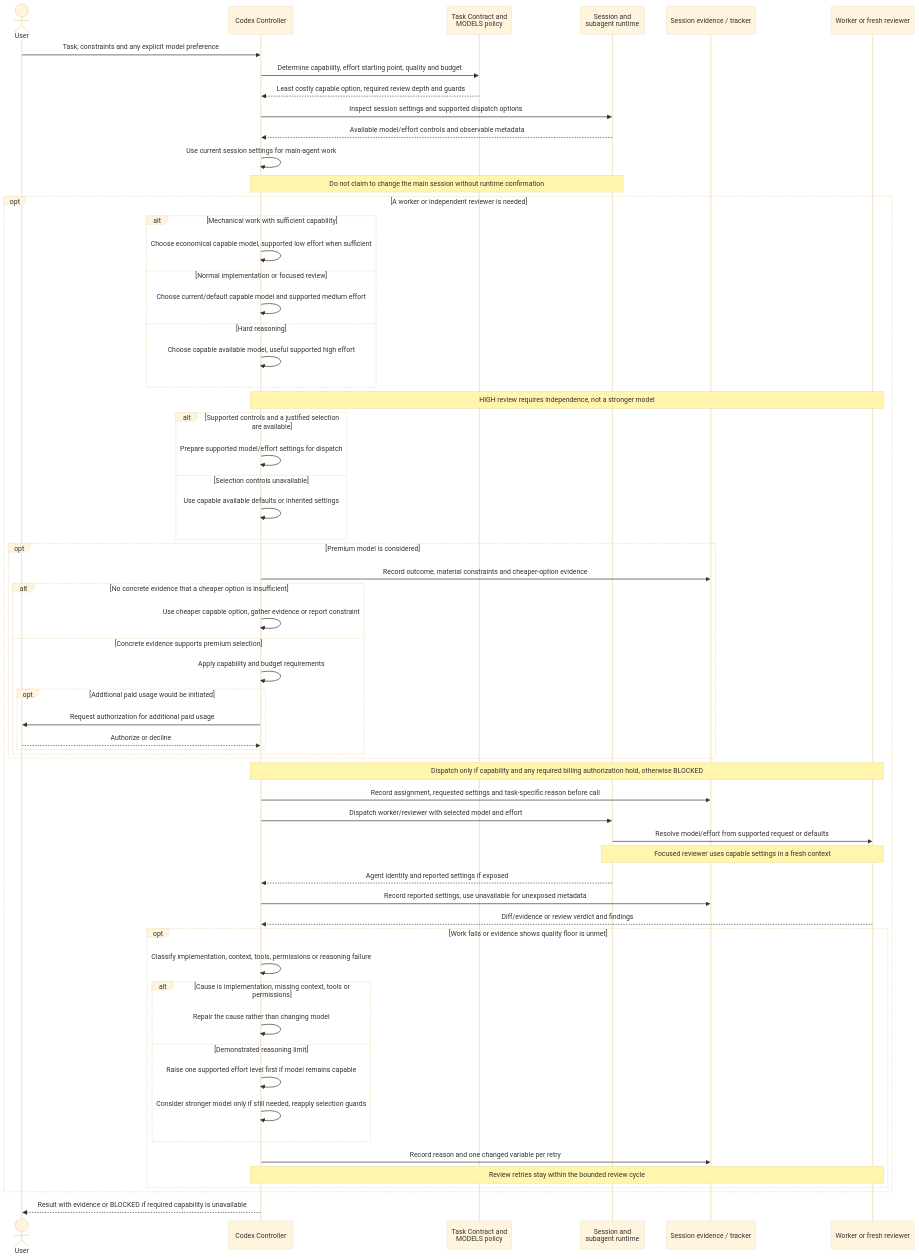
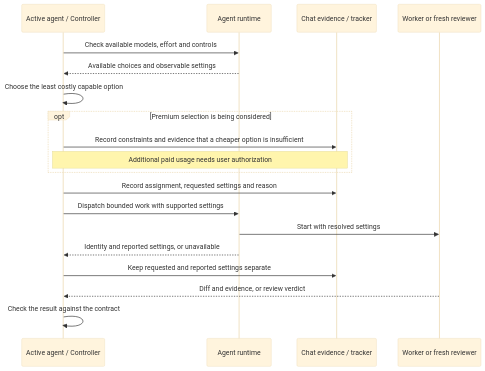
Before and after one commit to aussadawut-dev/lean-workflow-agent-by-asdw: the diagram in docs/models.md, drawn with Mermaid (base theme). The commit also changed other lines of this file and 19 other files, not shown here.

````diff
--- a/docs/models.md
+++ b/docs/models.md
@@ -105,64 +39,22 @@
 ```mermaid
 sequenceDiagram
-    actor User
-    participant Agent as Codex Controller
-    participant Policy as Task Contract and<br/>MODELS policy
-    participant Runtime as Session and<br/>subagent runtime
-    participant Record as Session evidence / tracker
-    participant Subagent as Worker or fresh reviewer
+    participant Agent as Active agent / Controller
+    participant Runtime as Agent runtime
+    participant Record as Chat evidence / tracker
+    participant Worker as Worker or fresh reviewer
 
-    User->>Agent: Task, constraints and any explicit model preference
-    Agent->>Policy: Determine capability, effort starting point, quality and budget
-    Policy-->>Agent: Least costly capable option, required review depth and guards
-    Agent->>Runtime: Inspect session settings and supported dispatch options
-    Runtime-->>Agent: Available model/effort controls and observable metadata
-    Agent->>Agent: Use current session settings for main-agent work
-    Note over Agent,Runtime: Do not claim to change the main session without runtime confirmation
-    opt A worker or independent reviewer is needed
-        alt Mechanical work with sufficient capability
-            Agent->>Agent: Choose economical capable model, supported low effort when sufficient
-        else Normal implementation or focused review
-            Agent->>Agent: Choose current/default capable model and supported medium effort
-        else Hard reasoning
-            Agent->>Agent: Choose capable available model, useful supported high effort
-        end
-        Note over Agent,Subagent: HIGH review requires independence, not a stronger model
-        alt Supported controls and a justified selection are available
-            Agent->>Agent: Prepare supported model/effort settings for dispatch
-        else Selection controls unavailable
-            Agent->>Agent: Use capable available defaults or inherited settings
-        end
-        opt Premium model is considered
-            Agent->>Record: Record outcome, material constraints and cheaper-option evidence
-            alt No concrete evidence that a cheaper option is insufficient
-                Agent->>Agent: Use cheaper capable option, gather evidence or report constraint
-            else Concrete evidence supports premium selection
-                Agent->>Agent: Apply capability and budget requirements
-                opt Additional paid usage would be initiated
-                    Agent->>User: Request authorization for additional paid usage
-                    User-->>Agent: Authorize or decline
-                end
-            end
-        end
-        Note over Agent,Subagent: Dispatch only if capability and any required billing authorization hold, otherwise BLOCKED
-        Agent->>Record: Record assignment, requested settings and task-specific reason before call
-        Agent->>Runtime: Dispatch worker/reviewer with selected model and effort
-        Runtime->>Subagent: Resolve model/effort from supported request or defaults
-        Note over Runtime,Subagent: Focused reviewer uses capable settings in a fresh context
-        Runtime-->>Agent: Agent identity and reported settings if exposed
-        Agent->>Record: Record reported settings, use unavailable for unexposed metadata
-        Subagent-->>Agent: Diff/evidence or review verdict and findings
-        opt Work fails or evidence shows quality floor is unmet
-            Agent->>Agent: Classify implementation, context, tools, permissions or reasoning failure
-            alt Cause is implementation, missing context, tools or permissions
-                Agent->>Agent: Repair the cause rather than changing model
-            else Demonstrated reasoning limit
-                Agent->>Agent: Raise one supported effort level first if model remains capable
-                Agent->>Agent: Consider stronger model only if still needed, reapply selection guards
-            end
-            Agent->>Record: Record reason and one changed variable per retry
-            Note over Agent,Subagent: Review retries stay within the bounded review cycle
-        end
+    Agent->>Runtime: Check available models, effort and controls
+    Runtime-->>Agent: Available choices and observable settings
+    Agent->>Agent: Choose the least costly capable option
+    opt Premium selection is being considered
+        Agent->>Record: Record constraints and evidence that a cheaper option is insufficient
+        Note over Agent,Record: Additional paid usage needs user authorization
     end
-    Agent-->>User: Result with evidence or BLOCKED if required capability is unavailable
+    Agent->>Record: Record assignment, requested settings and reason
+    Agent->>Runtime: Dispatch bounded work with supported settings
+    Runtime->>Worker: Start with resolved settings
+    Runtime-->>Agent: Identity and reported settings, or unavailable
+    Agent->>Record: Keep requested and reported settings separate
+    Worker-->>Agent: Diff and evidence, or review verdict
+    Agent->>Agent: Check the result against the contract
 ```
````
